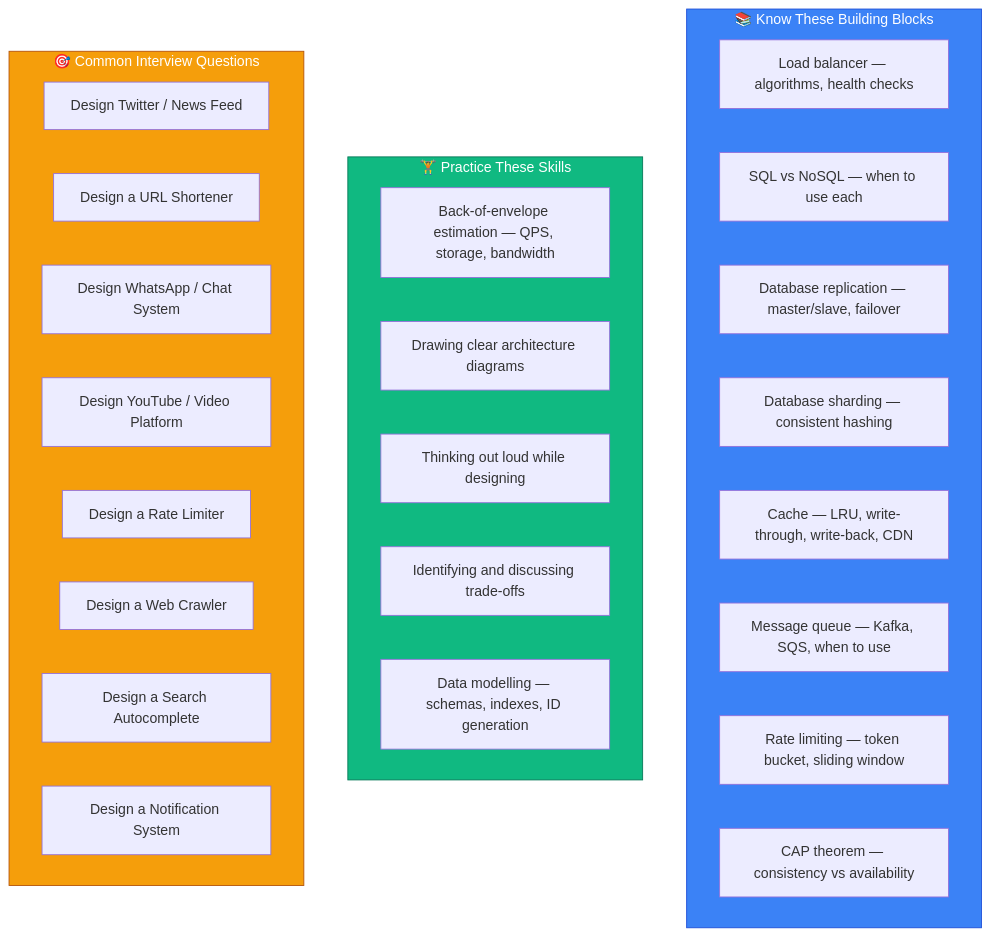
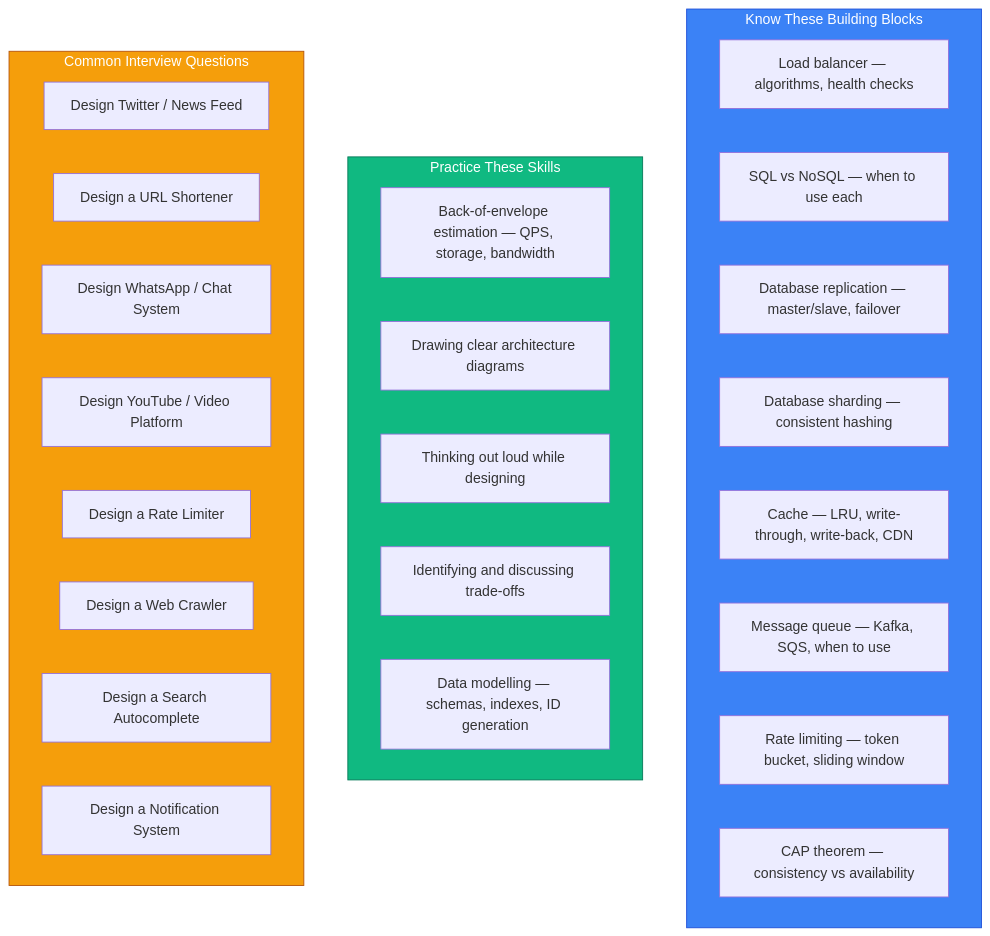
Before and after one commit to devops-monk/system-design-blog: diagram 17 of 18 in content/posts/2026/framework-for-system-design-interviews.md, drawn with Mermaid. The commit also changed other lines of this file and 5 other files, not shown here.

````diff
--- a/content/posts/2026/framework-for-system-design-interviews.md
+++ b/content/posts/2026/framework-for-system-design-interviews.md
@@ -701,36 +679,36 @@
 ```mermaid
 flowchart TD
-    subgraph KNOW["📚 Know These Building Blocks"]
+    subgraph KNOW["Know These Building Blocks"]
         K1["Load balancer — algorithms, health checks"]
         K2["SQL vs NoSQL — when to use each"]
         K3["Database replication — master/slave, failover"]
         K4["Database sharding — consistent hashing"]
         K5["Cache — LRU, write-through, write-back, CDN"]
         K6["Message queue — Kafka, SQS, when to use"]
         K7["Rate limiting — token bucket, sliding window"]
         K8["CAP theorem — consistency vs availability"]
     end
 
-    subgraph PRACTICE["🏋️ Practice These Skills"]
+    subgraph PRACTICE["Practice These Skills"]
         P1["Back-of-envelope estimation — QPS, storage, bandwidth"]
         P2["Drawing clear architecture diagrams"]
         P3["Thinking out loud while designing"]
         P4["Identifying and discussing trade-offs"]
         P5["Data modelling — schemas, indexes, ID generation"]
     end
 
-    subgraph COMMON["🎯 Common Interview Questions"]
+    subgraph COMMON["Common Interview Questions"]
         C1["Design Twitter / News Feed"]
         C2["Design a URL Shortener"]
         C3["Design WhatsApp / Chat System"]
         C4["Design YouTube / Video Platform"]
         C5["Design a Rate Limiter"]
         C6["Design a Web Crawler"]
         C7["Design a Search Autocomplete"]
         C8["Design a Notification System"]
     end
 
     style KNOW fill:#3B82F6,stroke:#1D4ED8,color:#fff
     style PRACTICE fill:#10B981,stroke:#047857,color:#fff
     style COMMON fill:#F59E0B,stroke:#B45309,color:#fff
 ```
````
